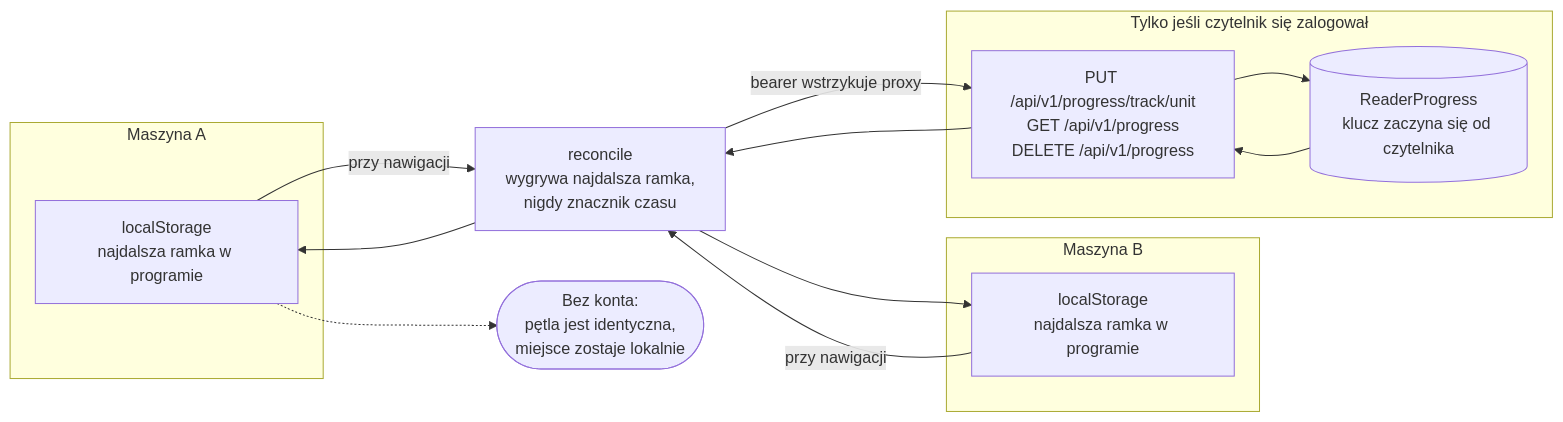
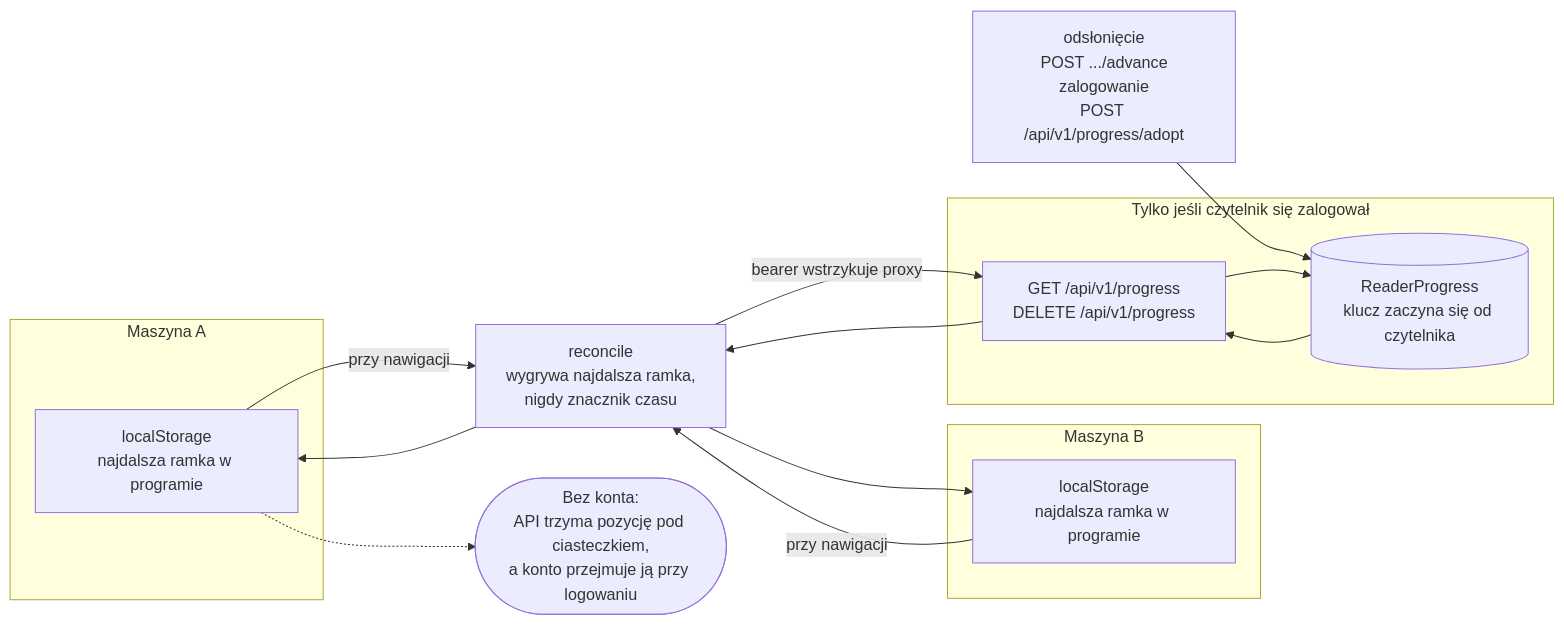
One commit to konradcinkusz/ab-ove changed the diagram in docs/diagrams/b4-position-not-progress.pl.mmd. Above: the diagram before and after it, drawn with Mermaid. The commit also changed 28 other files, not shown here.

```diff
--- a/docs/diagrams/b4-position-not-progress.pl.mmd
+++ b/docs/diagrams/b4-position-not-progress.pl.mmd
@@ -1,43 +1,47 @@
 %% Gdzie jest czytelnik: miejsce w lekturze, które nie jest postępem, i kto je trzyma.
 %% JEDEN DIAGRAM NA PLIK. UTF-8. Dlaczego nie ASCII: patrz a1-system-context.pl.mmd.
 
 %% POWIERZCHNIA LEKTURY POKAZUJE MIEJSCE, NIGDY POSTĘP (ADR-0041). Procent z książki o
 %% czterdziestu siedmiu programach jest liczbą o czytelniku, a ten produkt takich nie
 %% produkuje. Pasek nawigacji mówi, która to ramka z ilu, i otwiera mapę programu
 %% (ADR-0063).
 
-%% NAJPIERW LOKALNIE, A LOKALNA KOPIA NIE TRZYMA NICZEGO WARTEGO OCENIANIA (ADR-0017). Konto
-%% kupuje jedną rzecz: to samo miejsce na drugiej maszynie. Cała reszta pętli jest taka sama
-%% niezależnie od tego, czy czytelnik je ma.
+%% KONTO DOWIADUJE SIĘ O POZYCJI W LEKTURZE TYLKO Z WŁASNYCH ZAPISÓW API (ADR-0068).
+%% Odsłonięcie przesuwa kursor, pod którym czytelnik czyta, a zalogowanie przejmuje pozycje
+%% przeczytane bez konta. Kopia w przeglądarce jest podpowiedzią, gdzie wrócić (ADR-0060), i
+%% niczego kontu nie wysyła. Konto kupuje jedną rzecz: to samo miejsce na drugiej maszynie.
 
 %% WYGRYWA NAJDALSZA RAMKA (ADR-0019). Dwie maszyny, które się nie zgadzają, to nie konflikt
 %% do rozstrzygnięcia znacznikiem czasu: czytelnik przeczytał do dalszej z dwóch, a
 %% uzgodnienie, które cofnęłoby go, straciłoby lekturę, którą odbył.
 
 flowchart LR
   subgraph m1["Maszyna A"]
     LA["localStorage<br/>najdalsza ramka w programie"]
   end
 
   subgraph m2["Maszyna B"]
     LB["localStorage<br/>najdalsza ramka w programie"]
   end
 
   subgraph server["Tylko jeśli czytelnik się zalogował"]
-    API["PUT /api/v1/progress/track/unit<br/>GET /api/v1/progress<br/>DELETE /api/v1/progress"]
+    API["GET /api/v1/progress<br/>DELETE /api/v1/progress"]
     RP[("ReaderProgress<br/>klucz zaczyna się od czytelnika")]
   end
+
+  WRITES["odsłonięcie<br/>POST .../advance<br/>zalogowanie<br/>POST /api/v1/progress/adopt"]
 
   RECON["reconcile<br/>wygrywa najdalsza ramka,<br/>nigdy znacznik czasu"]
 
   LA -->|"przy nawigacji"| RECON
   LB -->|"przy nawigacji"| RECON
   RECON -->|"bearer wstrzykuje proxy"| API
+  WRITES --> RP
   API --> RP
   RP --> API
   API --> RECON
   RECON --> LA
   RECON --> LB
 
-  NOACC(["Bez konta:<br/>pętla jest identyczna,<br/>miejsce zostaje lokalnie"])
+  NOACC(["Bez konta:<br/>API trzyma pozycję pod ciasteczkiem,<br/>a konto przejmuje ją przy logowaniu"])
   LA -.-> NOACC
```
